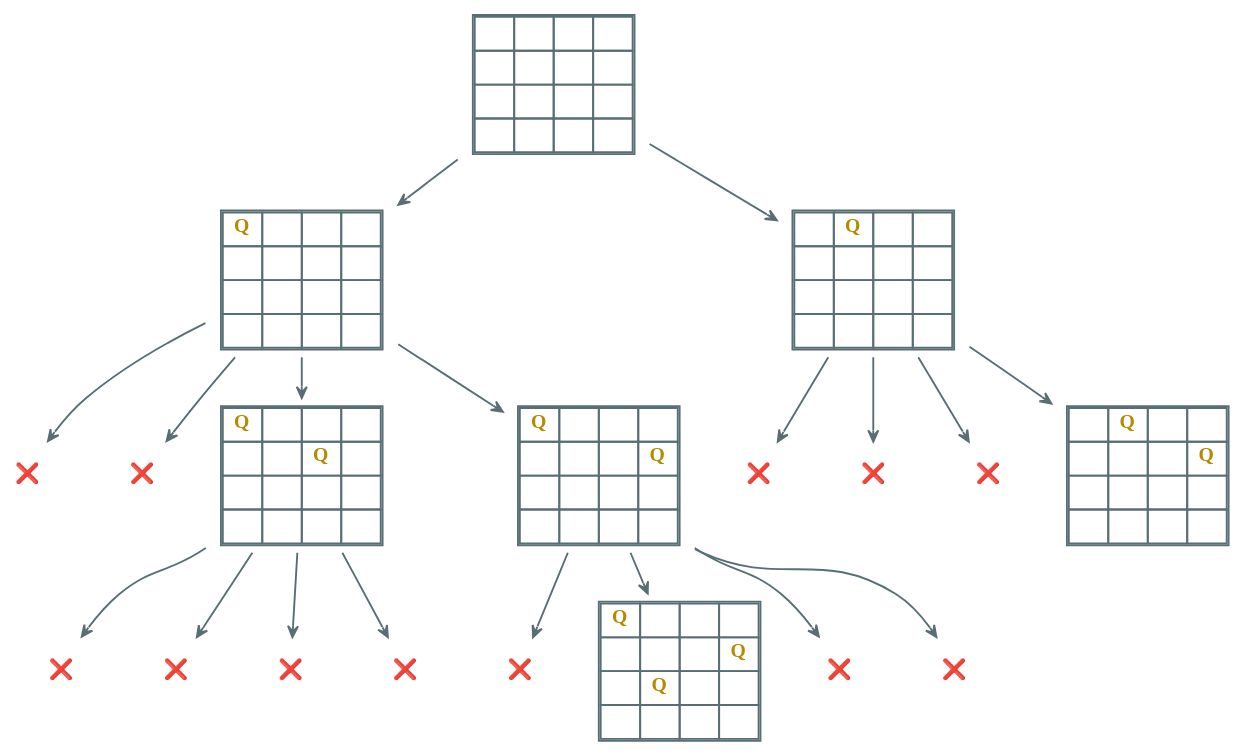
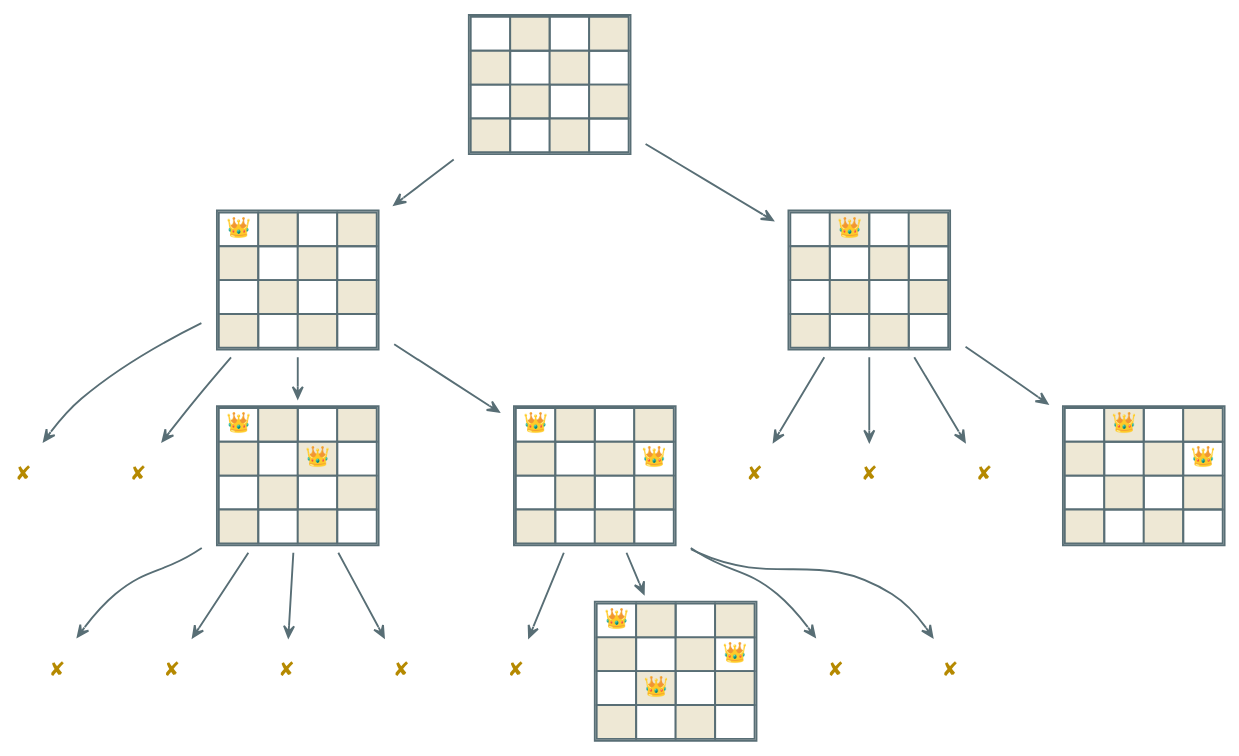
The diagram in dot/four-queen.dot (Avanti1980/course-alg), drawn with Graphviz before and after one commit. The commit also changed 7 other files, not shown here.

```diff
--- a/dot/four-queen.dot
+++ b/dot/four-queen.dot
@@ -8,53 +8,53 @@
     n1 [label=<<table cellspacing="0" border="1">
         <tr>
         <td>&zwnj;&zwnj;</td>
+        <td bgcolor="#eee8d5">&zwnj;&zwnj;</td>
         <td>&zwnj;&zwnj;</td>
+        <td bgcolor="#eee8d5">&zwnj;&zwnj;</td>
+        </tr>
+        <tr>
+        <td bgcolor="#eee8d5">&zwnj;&zwnj;</td>
         <td>&zwnj;&zwnj;</td>
+        <td bgcolor="#eee8d5">&zwnj;&zwnj;</td>
         <td>&zwnj;&zwnj;</td>
         </tr>
         <tr>
         <td>&zwnj;&zwnj;</td>
+        <td bgcolor="#eee8d5">&zwnj;&zwnj;</td>
         <td>&zwnj;&zwnj;</td>
-        <td>&zwnj;&zwnj;</td>
-        <td>&zwnj;&zwnj;</td>
+        <td bgcolor="#eee8d5">&zwnj;&zwnj;</td>
         </tr>
         <tr>
+        <td bgcolor="#eee8d5">&zwnj;&zwnj;</td>
         <td>&zwnj;&zwnj;</td>
-        <td>&zwnj;&zwnj;</td>
-        <td>&zwnj;&zwnj;</td>
-        <td>&zwnj;&zwnj;</td>
-        </tr>
-        <tr>
-        <td>&zwnj;&zwnj;</td>
-        <td>&zwnj;&zwnj;</td>
-        <td>&zwnj;&zwnj;</td>
+        <td bgcolor="#eee8d5">&zwnj;&zwnj;</td>
         <td>&zwnj;&zwnj;</td>
         </tr>
         </table>>]
 
     n2 [label=<<table cellspacing="0" border="1">
         <tr>
-        <td><b>Q</b></td>
+        <td>👑</td>
+        <td bgcolor="#eee8d5">&zwnj;&zwnj;</td>
         <td>&zwnj;&zwnj;</td>
+        <td bgcolor="#eee8d5">&zwnj;&zwnj;</td>
+        </tr>
+        <tr>
+        <td bgcolor="#eee8d5">&zwnj;&zwnj;</td>
         <td>&zwnj;&zwnj;</td>
+        <td bgcolor="#eee8d5">&zwnj;&zwnj;</td>
         <td>&zwnj;&zwnj;</td>
         </tr>
         <tr>
         <td>&zwnj;&zwnj;</td>
+        <td bgcolor="#eee8d5">&zwnj;&zwnj;</td>
         <td>&zwnj;&zwnj;</td>
-        <td>&zwnj;&zwnj;</td>
-        <td>&zwnj;&zwnj;</td>
+        <td bgcolor="#eee8d5">&zwnj;&zwnj;</td>
         </tr>
         <tr>
+        <td bgcolor="#eee8d5"></td>
         <td>&zwnj;&zwnj;</td>
-        <td>&zwnj;&zwnj;</td>
-        <td>&zwnj;&zwnj;</td>
-        <td>&zwnj;&zwnj;</td>
-        </tr>
-        <tr>
-        <td>&zwnj;&zwnj;</td>
-        <td>&zwnj;&zwnj;</td>
-        <td>&zwnj;&zwnj;</td>
+        <td bgcolor="#eee8d5">&zwnj;&zwnj;</td>
         <td>&zwnj;&zwnj;</td>
         </tr>
         </table>>]
@@ -62,118 +62,118 @@
     n3 [label=<<table cellspacing="0" border="1">
         <tr>
         <td>&zwnj;&zwnj;</td>
-        <td><b>Q</b></td>
+        <td bgcolor="#eee8d5">👑</td>
         <td>&zwnj;&zwnj;</td>
+        <td bgcolor="#eee8d5">&zwnj;&zwnj;</td>
+        </tr>
+        <tr>
+        <td bgcolor="#eee8d5">&zwnj;&zwnj;</td>
+        <td>&zwnj;&zwnj;</td>
+        <td bgcolor="#eee8d5">&zwnj;&zwnj;</td>
         <td>&zwnj;&zwnj;</td>
         </tr>
         <tr>
         <td>&zwnj;&zwnj;</td>
+        <td bgcolor="#eee8d5">&zwnj;&zwnj;</td>
         <td>&zwnj;&zwnj;</td>
-        <td>&zwnj;&zwnj;</td>
-        <td>&zwnj;&zwnj;</td>
+        <td bgcolor="#eee8d5">&zwnj;&zwnj;</td>
         </tr>
         <tr>
-        <td>&zwnj;&zwnj;</td>
-        <td>&zwnj;&zwnj;</td>
-        <td>&zwnj;&zwnj;</td>
-        <td>&zwnj;&zwnj;</td>
-        </tr>
-        <tr>
-        <td>&zwnj;&zwnj;</td>
-        <td>&zwnj;&zwnj;</td>
-        <td>&zwnj;&zwnj;</td>
+        <td bgcolor="#eee8d5"></td>
+        <td></td>
+        <td bgcolor="#eee8d5">&zwnj;&zwnj;</td>
         <td>&zwnj;&zwnj;</td>
         </tr>
         </table>>]
 
     n1 -> {n2,n3}
 
-    n4 [label=❌]
-    n5 [label=❌]
+    n4 [label=✘]
+    n5 [label=✘]
 
     n6 [label=<<table cellspacing="0" border="1">
         <tr>
-        <td><b>Q</b></td>
+        <td>👑</td>
+        <td bgcolor="#eee8d5">&zwnj;&zwnj;</td>
         <td>&zwnj;&zwnj;</td>
+        <td bgcolor="#eee8d5">&zwnj;&zwnj;</td>
+        </tr>
+        <tr>
+        <td bgcolor="#eee8d5">&zwnj;&zwnj;</td>
         <td>&zwnj;&zwnj;</td>
+        <td bgcolor="#eee8d5">👑</td>
         <td>&zwnj;&zwnj;</td>
         </tr>
         <tr>
         <td>&zwnj;&zwnj;</td>
-        <td>&zwnj;&zwnj;</td>
-        <td><b>Q</b></td>
-        <td>&zwnj;&zwnj;</td>
+        <td bgcolor="#eee8d5">&zwnj;&zwnj;</td>
+        <td></td>
+        <td bgcolor="#eee8d5">&zwnj;&zwnj;</td>
         </tr>
         <tr>
+        <td bgcolor="#eee8d5"></td>
         <td>&zwnj;&zwnj;</td>
-        <td>&zwnj;&zwnj;</td>
-        <td>&zwnj;&zwnj;</td>
-        <td>&zwnj;&zwnj;</td>
-        </tr>
-        <tr>
-        <td>&zwnj;&zwnj;</td>
-        <td>&zwnj;&zwnj;</td>
-        <td>&zwnj;&zwnj;</td>
+        <td bgcolor="#eee8d5">&zwnj;&zwnj;</td>
         <td>&zwnj;&zwnj;</td>
         </tr>
         </table>>]
 
     n7 [label=<<table cellspacing="0" border="1">
         <tr>
-        <td><b>Q</b></td>
+        <td>👑</td>
+        <td bgcolor="#eee8d5">&zwnj;&zwnj;</td>
         <td>&zwnj;&zwnj;</td>
+        <td bgcolor="#eee8d5">&zwnj;&zwnj;</td>
+        </tr>
+        <tr>
+        <td bgcolor="#eee8d5">&zwnj;&zwnj;</td>
         <td>&zwnj;&zwnj;</td>
-        <td>&zwnj;&zwnj;</td>
+        <td bgcolor="#eee8d5">&zwnj;&zwnj;</td>
+        <td>👑</td>
         </tr>
         <tr>
         <td>&zwnj;&zwnj;</td>
-        <td>&zwnj;&zwnj;</td>
+        <td bgcolor="#eee8d5">&zwnj;&zwnj;</td>
         <td></td>
-        <td><b>Q</b></td>
+        <td bgcolor="#eee8d5"></td>
         </tr>
         <tr>
+        <td bgcolor="#eee8d5"></td>
         <td>&zwnj;&zwnj;</td>
-        <td>&zwnj;&zwnj;</td>
-        <td>&zwnj;&zwnj;</td>
-        <td>&zwnj;&zwnj;</td>
-        </tr>
-        <tr>
-        <td>&zwnj;&zwnj;</td>
-        <td>&zwnj;&zwnj;</td>
-        <td>&zwnj;&zwnj;</td>
+        <td bgcolor="#eee8d5">&zwnj;&zwnj;</td>
         <td>&zwnj;&zwnj;</td>
         </tr>
         </table>>]
 
     n2 -> {n4,n5,n6,n7}
 
-    n8 [label=❌]
-    n9 [label=❌]
-    n10 [label=❌]
+    n8 [label=✘]
+    n9 [label=✘]
+    n10 [label=✘]
 
     n11 [label=<<table cellspacing="0" border="1">
         <tr>
         <td>&zwnj;&zwnj;</td>
-        <td><b>Q</b></td>
+        <td bgcolor="#eee8d5">👑</td>
         <td>&zwnj;&zwnj;</td>
+        <td bgcolor="#eee8d5">&zwnj;&zwnj;</td>
+        </tr>
+        <tr>
+        <td bgcolor="#eee8d5">&zwnj;&zwnj;</td>
         <td>&zwnj;&zwnj;</td>
+        <td bgcolor="#eee8d5">&zwnj;&zwnj;</td>
+        <td>👑</td>
         </tr>
         <tr>
         <td>&zwnj;&zwnj;</td>
-        <td>&zwnj;&zwnj;</td>
-        <td>&zwnj;&zwnj;</td>
-        <td><b>Q</b></td>
+        <td bgcolor="#eee8d5">&zwnj;&zwnj;</td>
+        <td></td>
+        <td bgcolor="#eee8d5"></td>
         </tr>
         <tr>
-        <td>&zwnj;&zwnj;</td>
-        <td>&zwnj;&zwnj;</td>
-        <td>&zwnj;&zwnj;</td>
-        <td>&zwnj;&zwnj;</td>
-        </tr>
-        <tr>
-        <td>&zwnj;&zwnj;</td>
-        <td>&zwnj;&zwnj;</td>
-        <td>&zwnj;&zwnj;</td>
+        <td bgcolor="#eee8d5"></td>
+        <td></td>
+        <td bgcolor="#eee8d5">&zwnj;&zwnj;</td>
         <td>&zwnj;&zwnj;</td>
         </tr>
         </table>>]
@@ -181,44 +181,44 @@
 
     n3 -> {n8,n9,n10,n11}
 
-    n12 [label=❌]
-    n13 [label=❌]
-    n14 [label=❌]
-    n15 [label=❌]
+    n12 [label=✘]
+    n13 [label=✘]
+    n14 [label=✘]
+    n15 [label=✘]
 
     n6 -> {n12,n13,n14,n15}
 
-    n16 [label=❌]
+    n16 [label=✘]
 
     n17 [label=<<table cellspacing="0" border="1">
         <tr>
-        <td><b>Q</b></td>
+        <td>👑</td>
+        <td bgcolor="#eee8d5">&zwnj;&zwnj;</td>
         <td>&zwnj;&zwnj;</td>
-        <td>&zwnj;&zwnj;</td>
-        <td>&zwnj;&zwnj;</td>
+        <td bgcolor="#eee8d5">&zwnj;&zwnj;</td>
+        </tr>
+        <tr>
+        <td bgcolor="#eee8d5">&zwnj;&zwnj;</td>
+        <td></td>
+        <td bgcolor="#eee8d5">&zwnj;&zwnj;</td>
+        <td>👑</td>
         </tr>
         <tr>
         <td>&zwnj;&zwnj;</td>
-        <td>&zwnj;&zwnj;</td>
+        <td bgcolor="#eee8d5">👑</td>
         <td></td>
-        <td><b>Q</b></td>
+        <td bgcolor="#eee8d5"></td>
         </tr>
         <tr>
+        <td bgcolor="#eee8d5"></td>
         <td>&zwnj;&zwnj;</td>
-        <td><b>Q</b></td>
-        <td>&zwnj;&zwnj;</td>
-        <td>&zwnj;&zwnj;</td>
-        </tr>
-        <tr>
-        <td>&zwnj;&zwnj;</td>
-        <td>&zwnj;&zwnj;</td>
-        <td>&zwnj;&zwnj;</td>
+        <td bgcolor="#eee8d5">&zwnj;&zwnj;</td>
         <td>&zwnj;&zwnj;</td>
         </tr>
         </table>>]
 
-    n18 [label=❌]
-    n19 [label=❌]
+    n18 [label=✘]
+    n19 [label=✘]
 
     n7 -> {n16,n17,n18,n19}
 }
```
